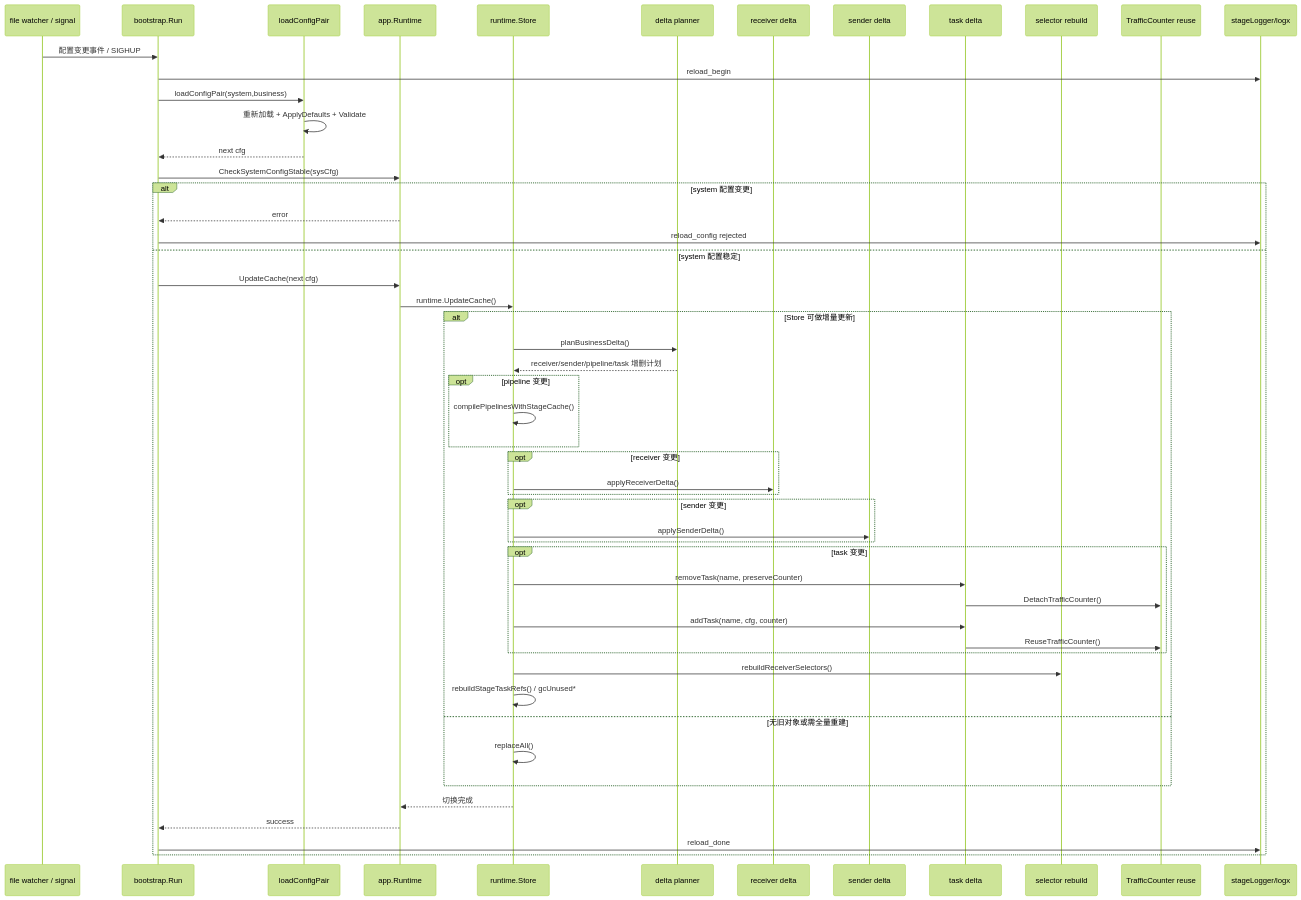
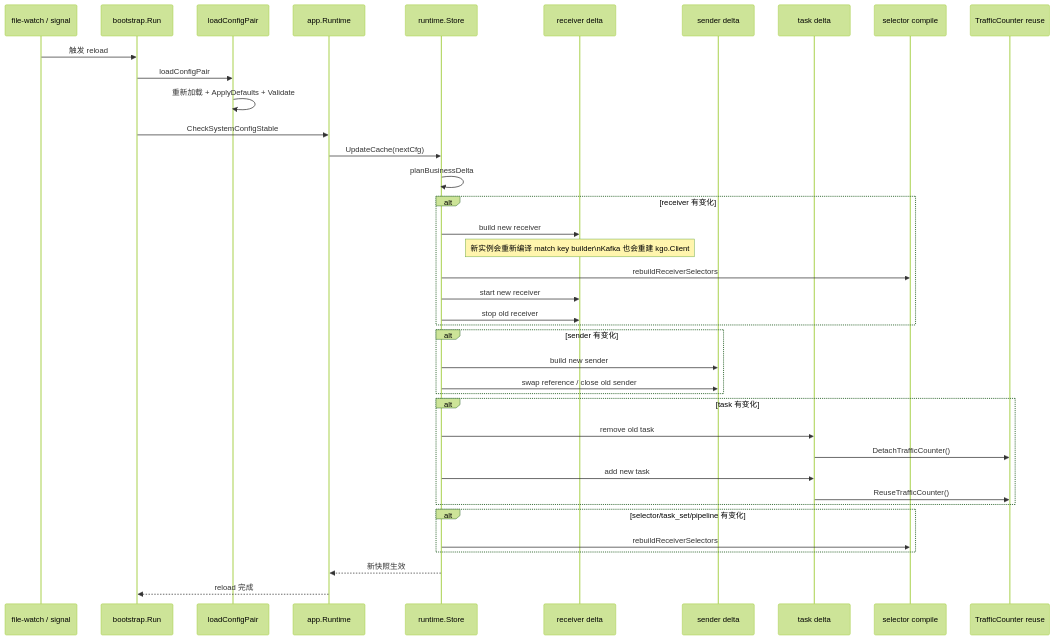
Before and after one commit to oublie6/forward-stub: the third of 3 diagrams in docs/runtime-sequence-and-flow.md, drawn with Mermaid (forest theme). The commit also changed other lines of this file and 8 other files, not shown here.

Commit message:
docs: sync runtime and config documentation

````diff
--- a/docs/runtime-sequence-and-flow.md
+++ b/docs/runtime-sequence-and-flow.md
@@ -427,55 +290,47 @@
 ```mermaid
 sequenceDiagram
-    participant watcher as file watcher / signal
+    participant watcher as file-watch / signal
     participant bootstrap as bootstrap.Run
     participant config as loadConfigPair
     participant app as app.Runtime
     participant store as runtime.Store
-    participant planner as delta planner
     participant receiver as receiver delta
     participant sender as sender delta
     participant task as task delta
-    participant selector as selector rebuild
+    participant selector as selector compile
     participant traffic as TrafficCounter reuse
-    participant logger as stageLogger/logx
 
-    watcher->>bootstrap: 配置变更事件 / SIGHUP
-    bootstrap->>logger: reload_begin
-    bootstrap->>config: loadConfigPair(system,business)
+    watcher->>bootstrap: 触发 reload
+    bootstrap->>config: loadConfigPair
     config->>config: 重新加载 + ApplyDefaults + Validate
-    config-->>bootstrap: next cfg
-    bootstrap->>app: CheckSystemConfigStable(sysCfg)
-    alt system 配置变更
-        app-->>bootstrap: error
-        bootstrap->>logger: reload_config rejected
-    else system 配置稳定
-        bootstrap->>app: UpdateCache(next cfg)
-        app->>store: runtime.UpdateCache()
-        alt Store 可做增量更新
-            store->>planner: planBusinessDelta()
-            planner-->>store: receiver/sender/pipeline/task 增删计划
-            opt pipeline 变更
-                store->>store: compilePipelinesWithStageCache()
-            end
-            opt receiver 变更
-                store->>receiver: applyReceiverDelta()
-            end
-            opt sender 变更
-                store->>sender: applySenderDelta()
-            end
-            opt task 变更
-                store->>task: removeTask(name, preserveCounter)
-                task->>traffic: DetachTrafficCounter()
-                store->>task: addTask(name, cfg, counter)
-                task->>traffic: ReuseTrafficCounter()
-            end
-            store->>selector: rebuildReceiverSelectors()
-            store->>store: rebuildStageTaskRefs() / gcUnused*
-        else 无旧对象或需全量重建
-            store->>store: replaceAll()
-        end
-        store-->>app: 切换完成
-        app-->>bootstrap: success
-        bootstrap->>logger: reload_done
+    bootstrap->>app: CheckSystemConfigStable
+    app->>store: UpdateCache(nextCfg)
+    store->>store: planBusinessDelta
+
+    alt receiver 有变化
+        store->>receiver: build new receiver
+        note over receiver: 新实例会重新编译 match key builder\nKafka 也会重建 kgo.Client
+        store->>selector: rebuildReceiverSelectors
+        store->>receiver: start new receiver
+        store->>receiver: stop old receiver
     end
+
+    alt sender 有变化
+        store->>sender: build new sender
+        store->>sender: swap reference / close old sender
+    end
+
+    alt task 有变化
+        store->>task: remove old task
+        task->>traffic: DetachTrafficCounter()
+        store->>task: add new task
+        task->>traffic: ReuseTrafficCounter()
+    end
+
+    alt selector/task_set/pipeline 有变化
+        store->>selector: rebuildReceiverSelectors
+    end
+
+    store-->>app: 新快照生效
+    app-->>bootstrap: reload 完成
 ```
````
